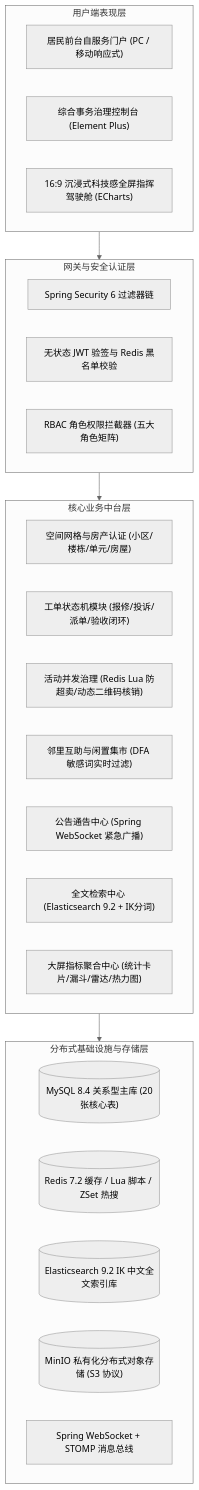
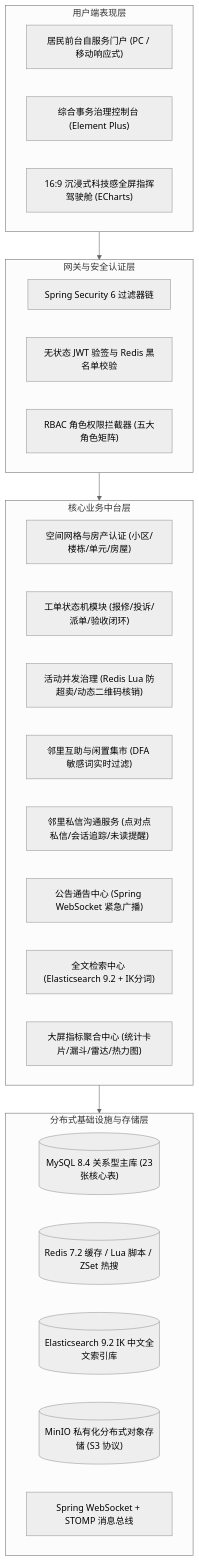
The first of 5 diagrams in README.md (e69d8e/community-affairs), drawn with Mermaid (neutral theme) before and after one commit. The commit also changed other lines of this file and 96 other files, not shown here.

````diff
--- a/README.md
+++ b/README.md
@@ -13,36 +13,37 @@
 ```mermaid
 flowchart TD
     subgraph ClientLayer ["用户端表现层"]
         ResidentUI["居民前台自服务门户 (PC / 移动响应式)"]
         AdminUI["综合事务治理控制台 (Element Plus)"]
         CockpitUI["16:9 沉浸式科技感全屏指挥驾驶舱 (ECharts)"]
     end
 
     subgraph GatewaySecurity ["网关与安全认证层"]
         Security["Spring Security 6 过滤器链"]
         JWT["无状态 JWT 验签与 Redis 黑名单校验"]
         RBAC["RBAC 角色权限拦截器 (五大角色矩阵)"]
     end
 
     subgraph BusinessService ["核心业务中台层"]
         GridService["空间网格与房产认证 (小区/楼栋/单元/房屋)"]
         WorkOrderService["工单状态机模块 (报修/投诉/派单/验收闭环)"]
         ActivityService["活动并发治理 (Redis Lua 防超卖/动态二维码核销)"]
         MarketService["邻里互助与闲置集市 (DFA 敏感词实时过滤)"]
+        ChatService["邻里私信沟通服务 (点对点私信/会话追踪/未读提醒)"]
         NoticeService["公告通告中心 (Spring WebSocket 紧急广播)"]
         SearchService["全文检索中心 (Elasticsearch 9.2 + IK分词)"]
         DashboardService["大屏指标聚合中心 (统计卡片/漏斗/雷达/热力图)"]
     end
 
     subgraph InfrastructureLayer ["分布式基础设施与存储层"]
-        MySQL[("MySQL 8.4 关系型主库 (20张核心表)")]
+        MySQL[("MySQL 8.4 关系型主库 (23张核心表)")]
         Redis[("Redis 7.2 缓存 / Lua 脚本 / ZSet 热搜")]
         ES[("Elasticsearch 9.2 IK 中文全文索引库")]
         MinIO[("MinIO 私有化分布式对象存储 (S3 协议)")]
         STOMP["Spring WebSocket + STOMP 消息总线"]
     end
 
     ClientLayer --> GatewaySecurity
     GatewaySecurity --> BusinessService
     BusinessService --> InfrastructureLayer
 ```
````
